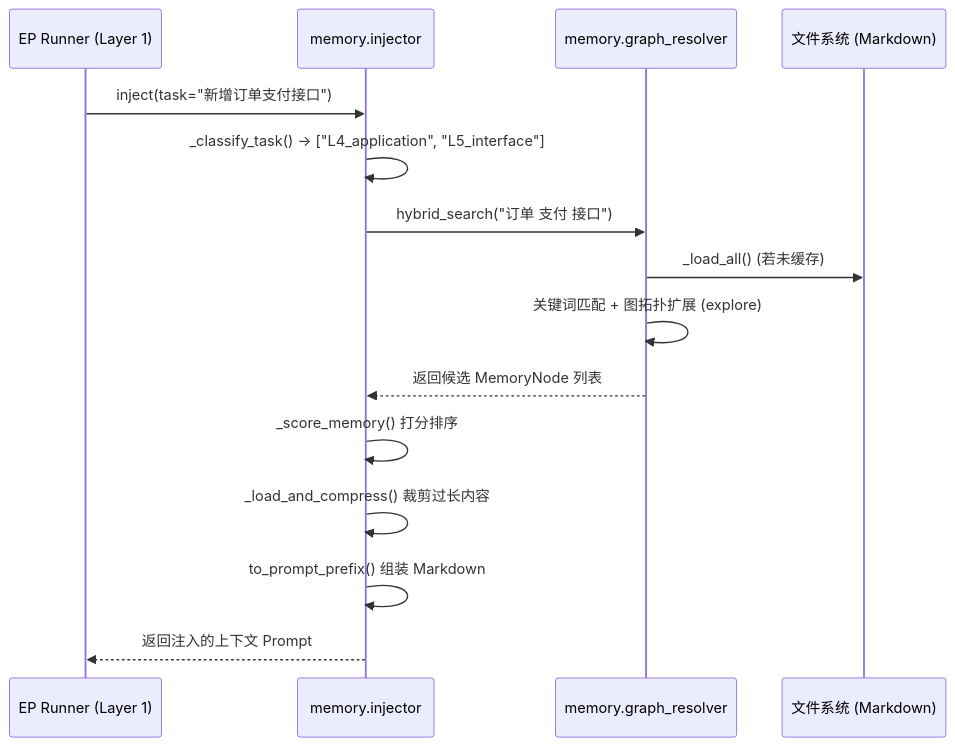
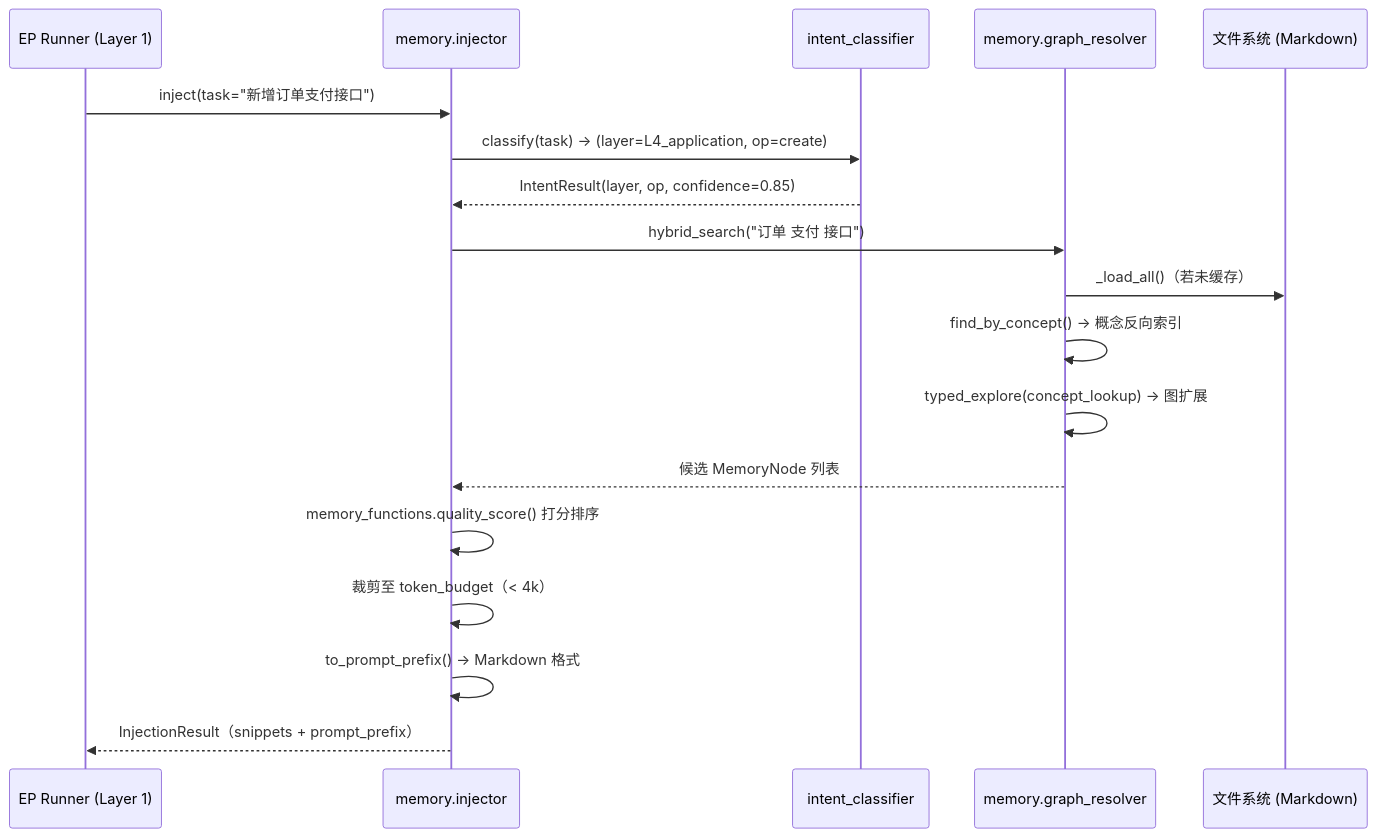
One commit to allengaoo/mms changed the first of 3 diagrams in src/mms/memory/mem_readme.md. Above: the diagram before and after it, drawn with Mermaid. The commit also changed other lines of this file and 4 other files, not shown here.

````diff
--- a/src/mms/memory/mem_readme.md
+++ b/src/mms/memory/mem_readme.md
@@ -44,21 +225,23 @@
 ```mermaid
 sequenceDiagram
     participant EP as EP Runner (Layer 1)
     participant Injector as memory.injector
+    participant IC as intent_classifier
     participant Resolver as memory.graph_resolver
     participant FS as 文件系统 (Markdown)
 
     EP->>Injector: inject(task="新增订单支付接口")
-    Injector->>Injector: _classify_task() -> ["L4_application", "L5_interface"]
-    
+    Injector->>IC: classify(task) → (layer=L4_application, op=create)
+    IC-->>Injector: IntentResult(layer, op, confidence=0.85)
+
     Injector->>Resolver: hybrid_search("订单 支付 接口")
-    Resolver->>FS: _load_all() (若未缓存)
-    Resolver->>Resolver: 关键词匹配 + 图拓扑扩展 (explore)
-    Resolver-->>Injector: 返回候选 MemoryNode 列表
-    
-    Injector->>Injector: _score_memory() 打分排序
-    Injector->>Injector: _load_and_compress() 裁剪过长内容
-    Injector->>Injector: to_prompt_prefix() 组装 Markdown
-    
-    Injector-->>EP: 返回注入的上下文 Prompt
+    Resolver->>FS: _load_all()（若未缓存）
+    Resolver->>Resolver: find_by_concept() → 概念反向索引
+    Resolver->>Resolver: typed_explore(concept_lookup) → 图扩展
+    Resolver-->>Injector: 候选 MemoryNode 列表
+
+    Injector->>Injector: memory_functions.quality_score() 打分排序
+    Injector->>Injector: 裁剪至 token_budget（< 4k）
+    Injector->>Injector: to_prompt_prefix() → Markdown 格式
+    Injector-->>EP: InjectionResult（snippets + prompt_prefix）
 ```
````
